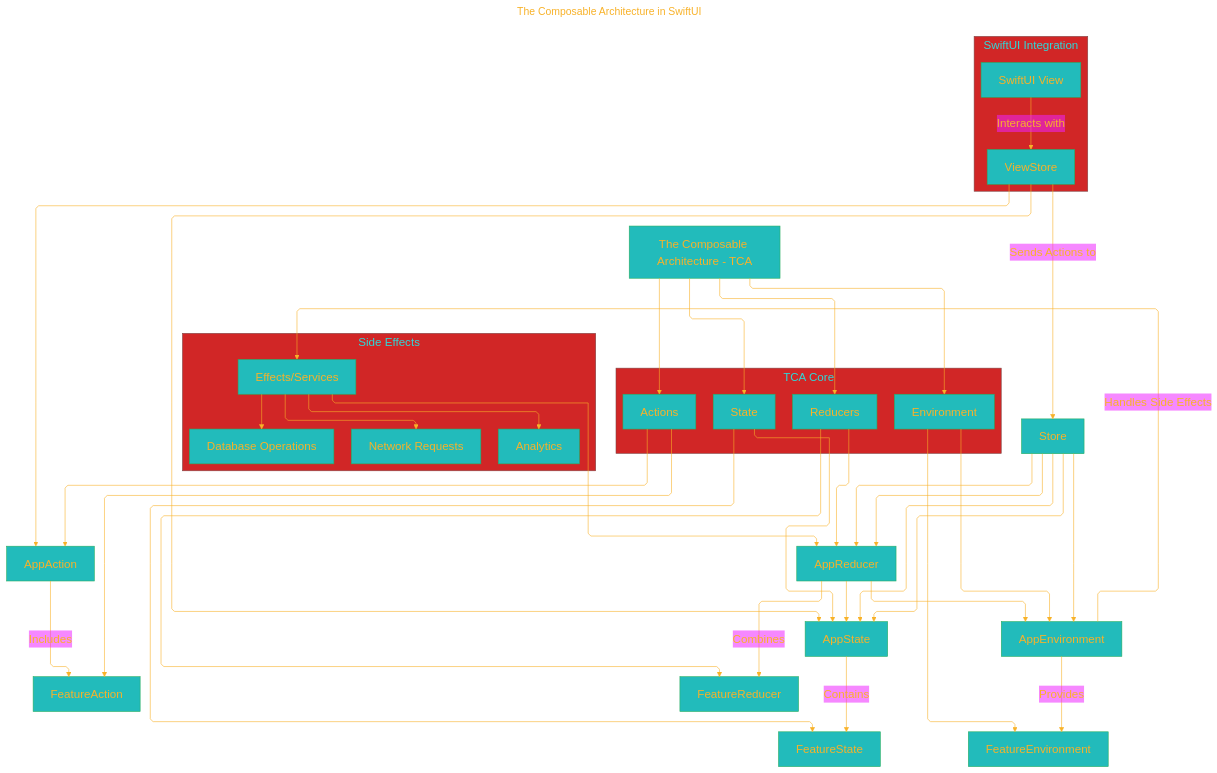
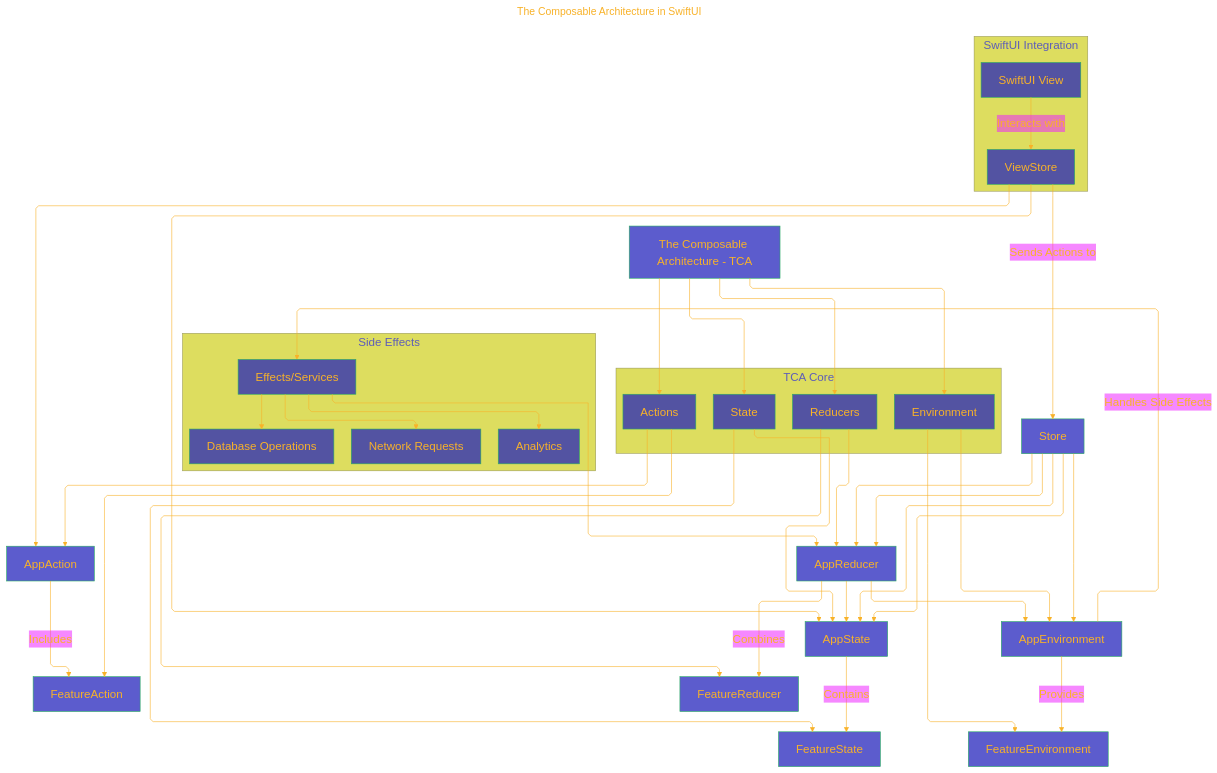
Before and after one commit to CongLeSolutionX/iOS-development-vault: the first of 2 diagrams in Design_Patterns/TCA/The_Composable_Architecture_V1.md, drawn with Mermaid.

```diff
--- a/Design_Patterns/TCA/The_Composable_Architecture_V1.md
+++ b/Design_Patterns/TCA/The_Composable_Architecture_V1.md
@@ -40,7 +40,7 @@
     'fontFamily': 'Andale Mono, monospace',
     'logLevel': 'fatal',
     'themeVariables': {
-      'primaryColor': '#2BB',
+      'primaryColor': '#22BB',
       'primaryTextColor': '#F8B229',
       'lineColor': '#F8B229',
       'primaryBorderColor': '#27AE60',
```
